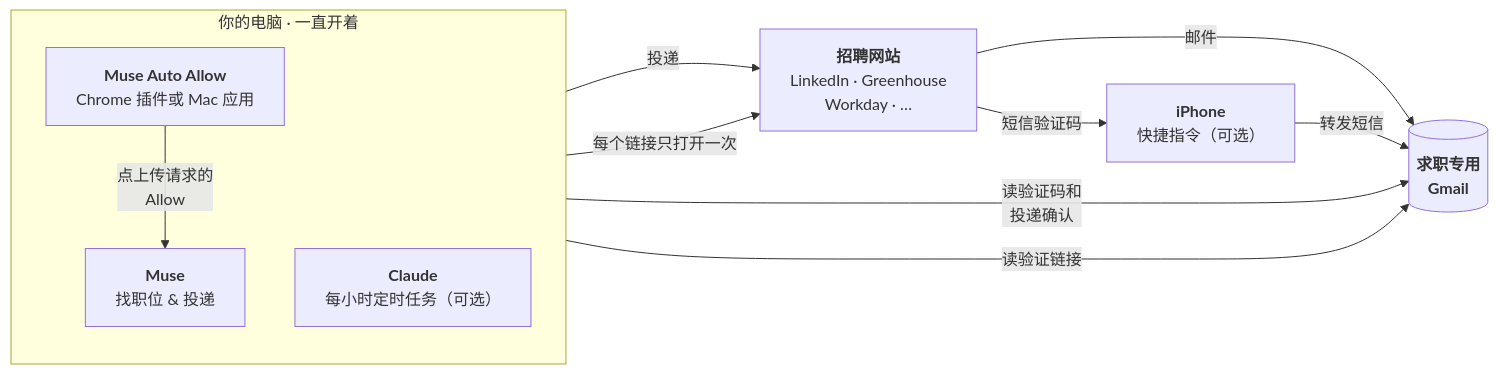
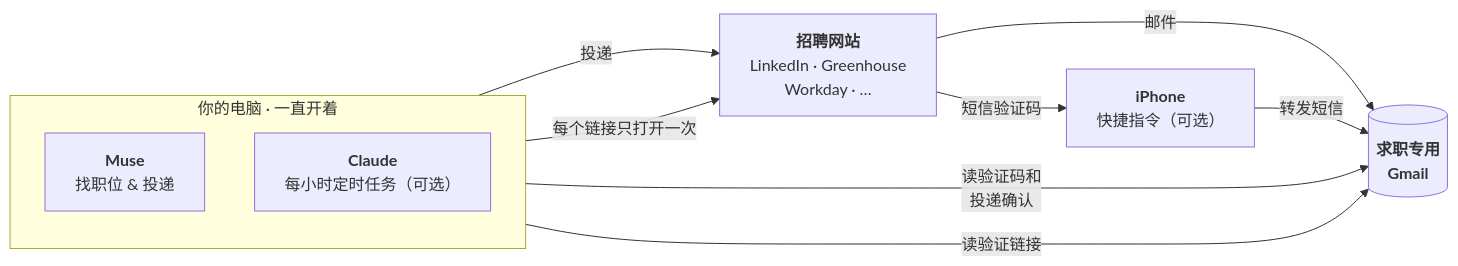
One commit to Dark417/muse-auto-job-apply changed the diagram in README.md. Above: the diagram before and after it, drawn with Mermaid. The commit also changed other lines of this file and 2 other files, not shown here.

Commit message:
Merge latest application strategies into muse-prompt.md; rewrite READMEs as general guide with exact setup

````diff
--- a/README.md
+++ b/README.md
@@ -189,22 +147,20 @@
 ```mermaid
 flowchart LR
     subgraph MAC["你的电脑 · 一直开着"]
         direction TB
-        Allow["<b>Muse Auto Allow</b><br/>Chrome 插件或 Mac 应用"]
         Muse["<b>Muse</b><br/>找职位 &amp; 投递"]
         Claude["<b>Claude</b><br/>每小时定时任务（可选）"]
-        Allow -- "点上传请求的<br/>Allow" --> Muse
     end
 
     Jobs["<b>招聘网站</b><br/>LinkedIn · Greenhouse<br/>Workday · …"]
     Phone["<b>iPhone</b><br/>快捷指令（可选）"]
     Gmail[("<b>求职专用<br/>Gmail</b>")]
 
     Muse -- "投递" --> Jobs
     Muse -- "读验证码和<br/>投递确认" --> Gmail
     Claude -- "读验证链接" --> Gmail
     Claude -- "每个链接只打开一次" --> Jobs
     Jobs -- "邮件" --> Gmail
     Jobs -- "短信验证码" --> Phone
     Phone -- "转发短信" --> Gmail
 ```
````
